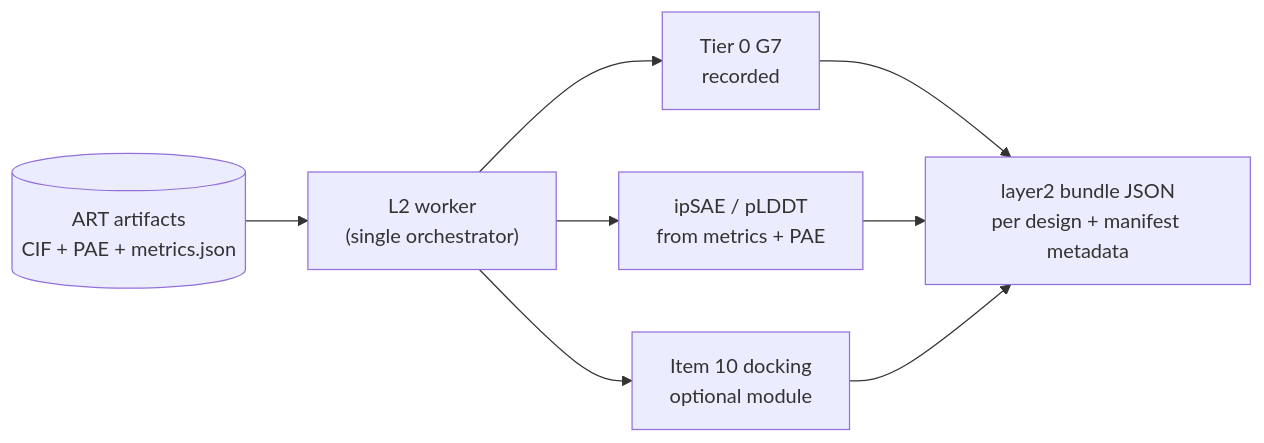
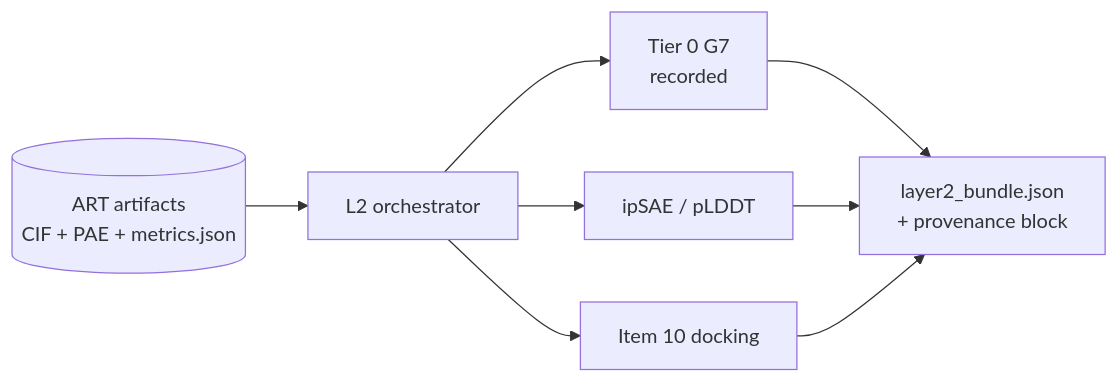
Before and after one commit to wetware-hq/wing: the diagram in fleets/campaigns/NYESO1-A0201/handover.md, drawn with Mermaid. The commit also changed other lines of this file and 1 other file, not shown here.

````diff
--- a/fleets/campaigns/NYESO1-A0201/handover.md
+++ b/fleets/campaigns/NYESO1-A0201/handover.md
@@ -70,17 +77,17 @@
 ```mermaid
 flowchart LR
   ART[("ART artifacts\nCIF + PAE + metrics.json")]
-  L2["L2 worker\n(single orchestrator)"]
+  L2["L2 orchestrator"]
   T0["Tier 0 G7\nrecorded"]
-  IPSAE["ipSAE / pLDDT\nfrom metrics + PAE"]
-  DOCK["Item 10 docking\noptional module"]
-  OUT["layer2 bundle JSON\nper design + manifest metadata"]
+  IPSAE["ipSAE / pLDDT"]
+  DOCK["Item 10 docking"]
+  OUT["layer2_bundle.json\n+ provenance block"]
 
   ART --> L2
   L2 --> T0
   L2 --> IPSAE
   L2 --> DOCK
   T0 --> OUT
   IPSAE --> OUT
   DOCK --> OUT
 ```
````
